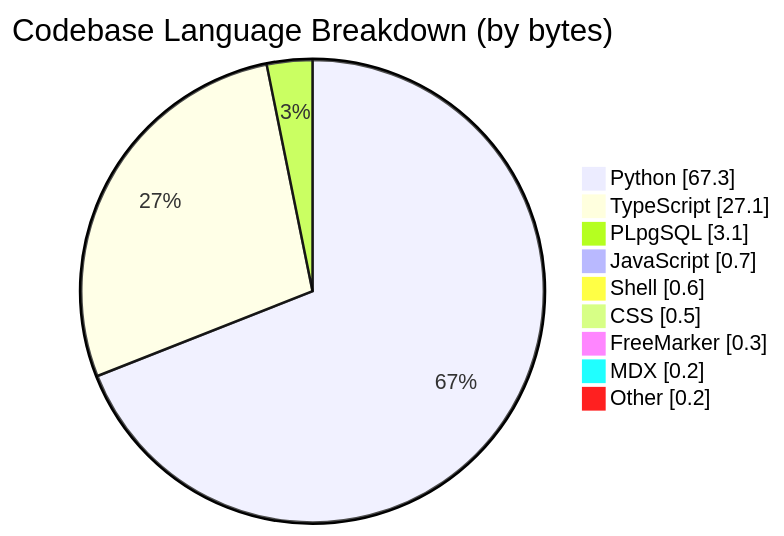
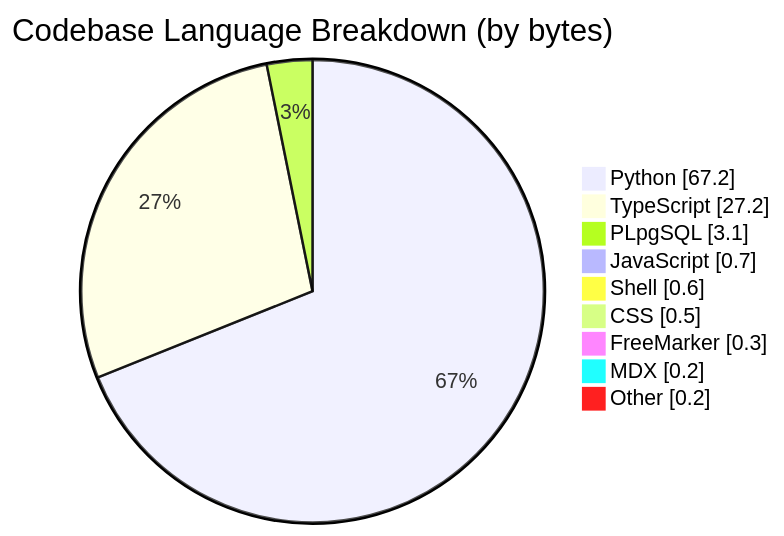
The third of 4 diagrams in profile/README.md (CSTH-Projects/.github), drawn with Mermaid before and after one commit. The commit also changed other lines of this file, not shown here.

````diff
--- a/profile/README.md
+++ b/profile/README.md
@@ -63,13 +63,13 @@
 ```mermaid
 pie showData
     title Codebase Language Breakdown (by bytes)
-    "Python" : 67.3
-    "TypeScript" : 27.1
+    "Python" : 67.2
+    "TypeScript" : 27.2
     "PLpgSQL" : 3.1
     "JavaScript" : 0.7
     "Shell" : 0.6
     "CSS" : 0.5
     "FreeMarker" : 0.3
     "MDX" : 0.2
     "Other" : 0.2
 ```
````
